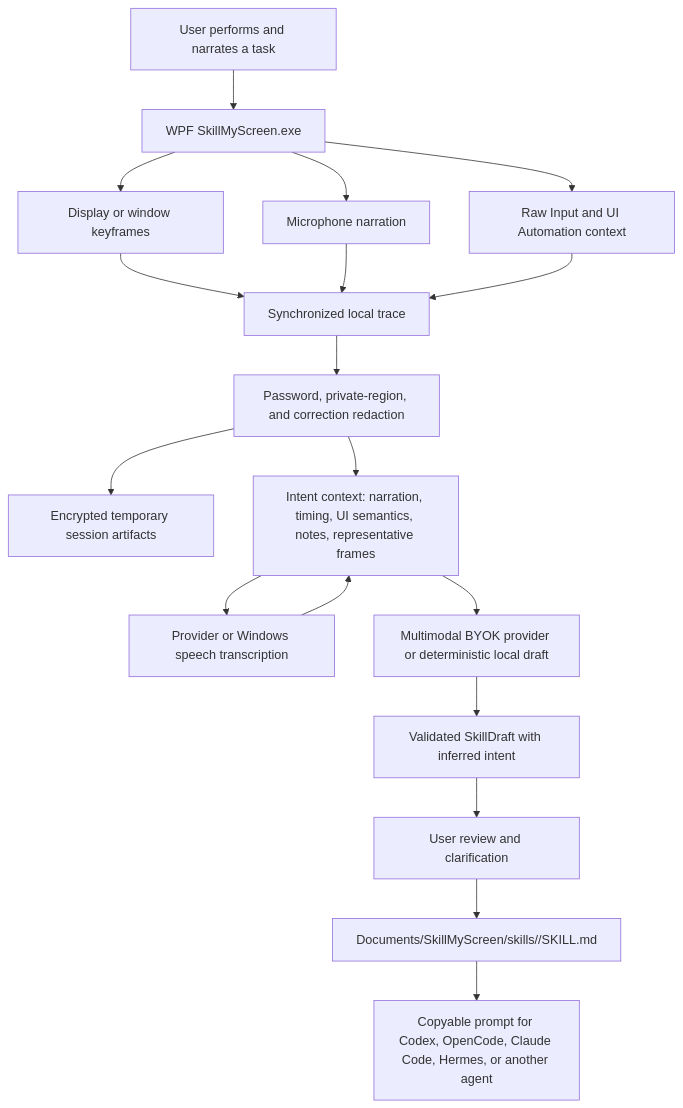
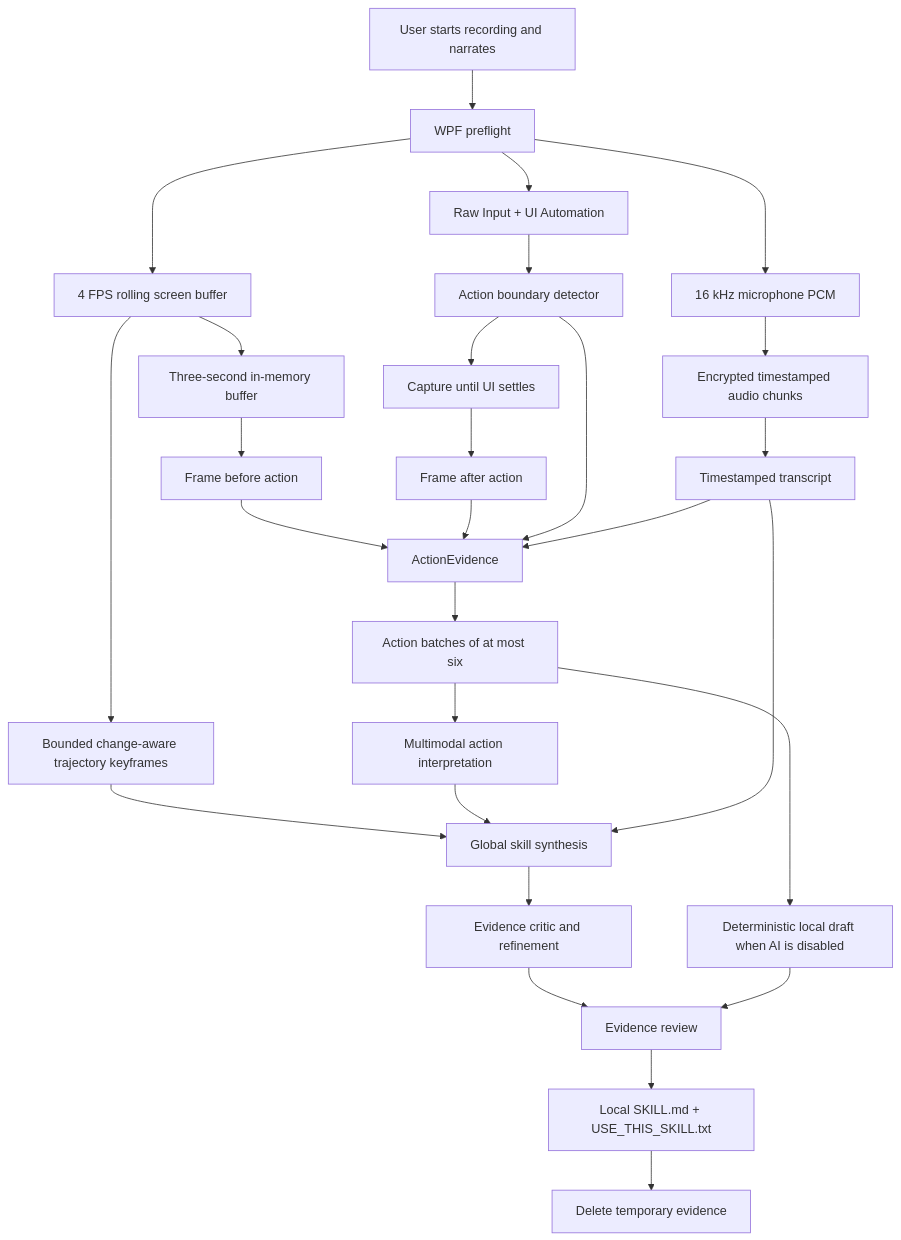
One commit to codemanojhv/OhMySkill changed the diagram in ARCHITECTURE.md. Above: the diagram before and after it, drawn with Mermaid. The commit also changed other lines of this file and 19 other files, not shown here.

Commit message:
Build v0.2 multimodal skill recorder

````diff
--- a/ARCHITECTURE.md
+++ b/ARCHITECTURE.md
@@ -5,20 +5,30 @@
 ```mermaid
-flowchart TB
-    USER["User performs and narrates a task"] --> APP["WPF SkillMyScreen.exe"]
-    APP --> SCREEN["Display or window keyframes"]
-    APP --> AUDIO["Microphone narration"]
-    APP --> INPUT["Raw Input and UI Automation context"]
-    SCREEN --> TRACE["Synchronized local trace"]
-    AUDIO --> TRACE
-    INPUT --> TRACE
-    TRACE --> REDACT["Password, private-region, and correction redaction"]
-    REDACT --> TEMP["Encrypted temporary session artifacts"]
-    REDACT --> CONTEXT["Intent context: narration, timing, UI semantics, notes, representative frames"]
-    CONTEXT --> AUDIOAI["Provider or Windows speech transcription"]
-    AUDIOAI --> CONTEXT
-    CONTEXT --> AI["Multimodal BYOK provider or deterministic local draft"]
-    AI --> DRAFT["Validated SkillDraft with inferred intent"]
-    DRAFT --> REVIEW["User review and clarification"]
-    REVIEW --> OUTPUT["Documents/SkillMyScreen/skills/<slug>/SKILL.md"]
-    OUTPUT --> PROMPT["Copyable prompt for Codex, OpenCode, Claude Code, Hermes, or another agent"]
+flowchart TD
+    U["User starts recording and narrates"] --> P["WPF preflight"]
+    P --> A["16 kHz microphone PCM"]
+    P --> S["4 FPS rolling screen buffer"]
+    P --> I["Raw Input + UI Automation"]
+    A --> AC["Encrypted timestamped audio chunks"]
+    S --> RB["Three-second in-memory buffer"]
+    S --> TK["Bounded change-aware trajectory keyframes"]
+    I --> AB["Action boundary detector"]
+    RB --> BF["Frame before action"]
+    AB --> ST["Capture until UI settles"]
+    ST --> AF["Frame after action"]
+    BF --> E["ActionEvidence"]
+    AF --> E
+    AB --> E
+    AC --> T["Timestamped transcript"]
+    T --> E
+    E --> B["Action batches of at most six"]
+    B --> AI1["Multimodal action interpretation"]
+    B --> L["Deterministic local draft when AI is disabled"]
+    TK --> AI2["Global skill synthesis"]
+    AI1 --> AI2
+    T --> AI2
+    AI2 --> C["Evidence critic and refinement"]
+    C --> R["Evidence review"]
+    L --> R
+    R --> O["Local SKILL.md + USE_THIS_SKILL.txt"]
+    O --> D["Delete temporary evidence"]
 ```
````
